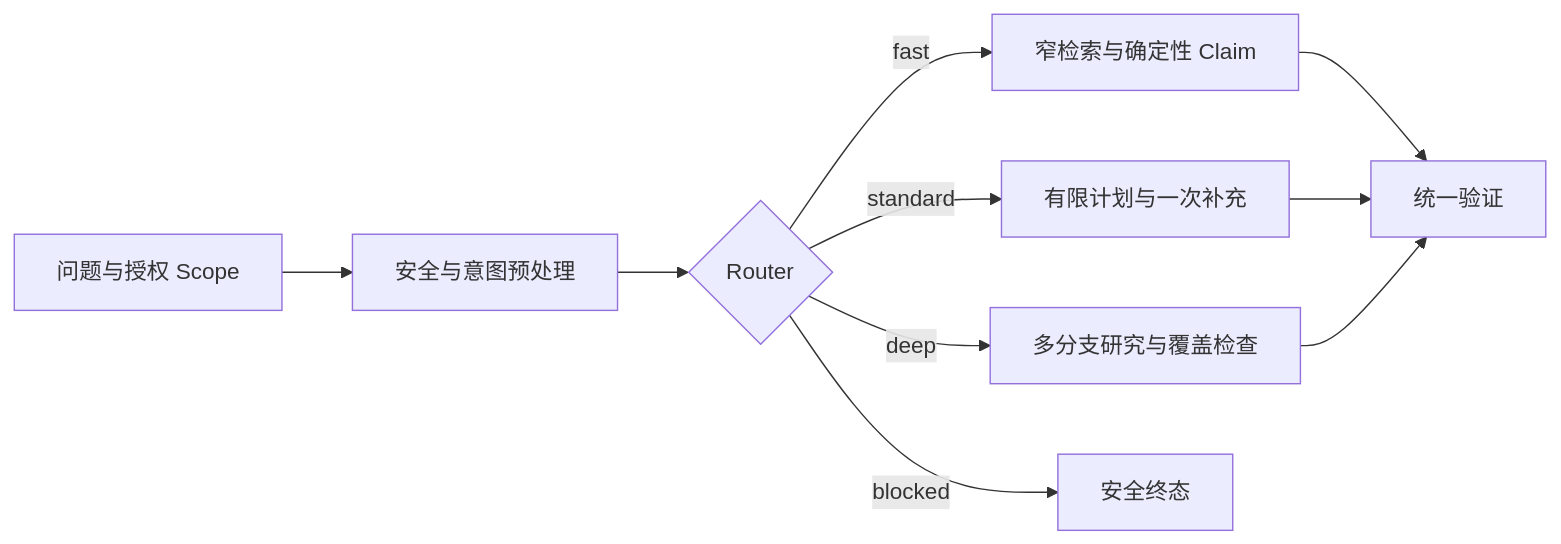
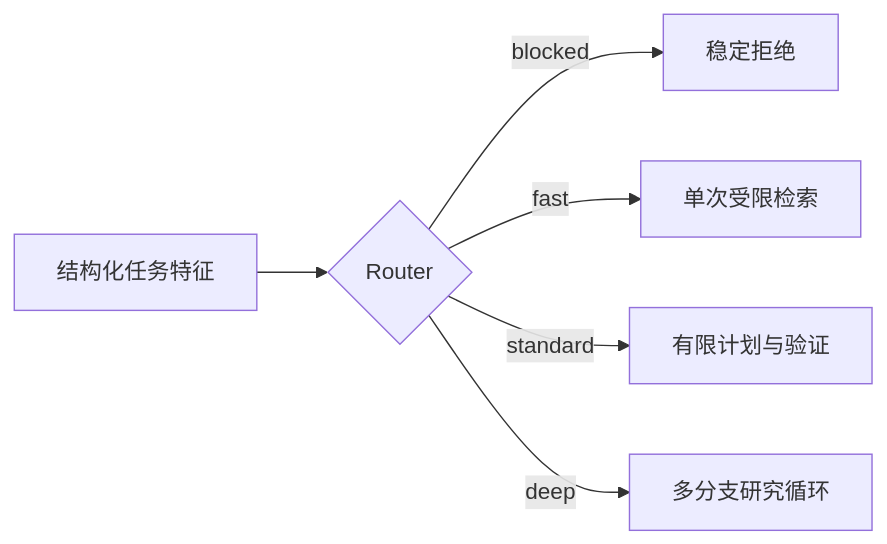
The diagram in docs/ai-agent/agent-router-mode-selection.md (upJiang/jiang-blog-vitepress), drawn with Mermaid before and after one commit. The commit also changed other lines of this file and 365 other files, not shown here.

````diff
--- a/docs/ai-agent/agent-router-mode-selection.md
+++ b/docs/ai-agent/agent-router-mode-selection.md
@@ -144,12 +132,8 @@
 ```mermaid
 flowchart LR
-  A[问题与授权 Scope] --> B[安全与意图预处理]
-  B --> C{Router}
-  C -->|fast| D[窄检索与确定性 Claim]
-  C -->|standard| E[有限计划与一次补充]
-  C -->|deep| F[多分支研究与覆盖检查]
-  C -->|blocked| G[安全终态]
-  D --> H[统一验证]
-  E --> H
-  F --> H
+    A[结构化任务特征] --> B{Router}
+    B -->|blocked| C[稳定拒绝]
+    B -->|fast| D[单次受限检索]
+    B -->|standard| E[有限计划与验证]
+    B -->|deep| F[多分支研究循环]
 ```
````
